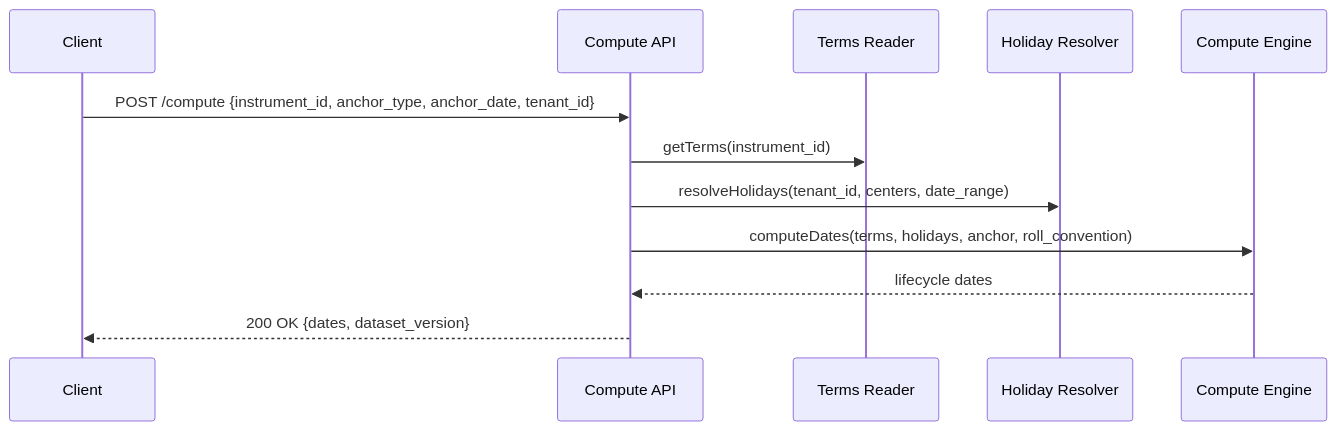
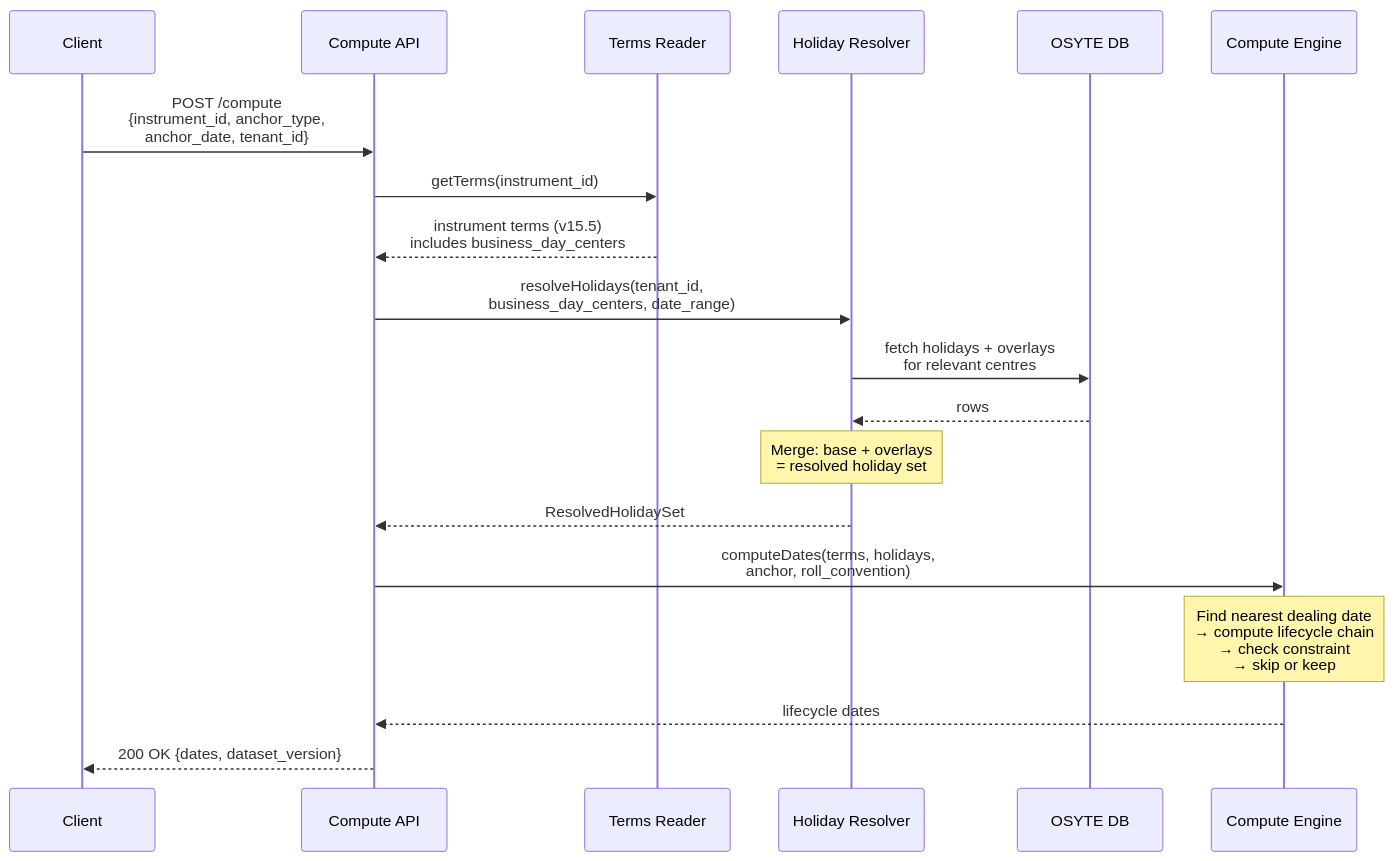
One commit to Ashu290905/OSYTE changed the first of 2 diagrams in lcs-main/docs/architecture.md. Above: the diagram before and after it, drawn with Mermaid. The commit also changed other lines of this file, not shown here.

First line of the commit message:
Fix Fund A label, restore detailed workflow diagrams, move lockup check up

````diff
--- a/lcs-main/docs/architecture.md
+++ b/lcs-main/docs/architecture.md
@@ -199,15 +199,27 @@
 ```mermaid
 sequenceDiagram
     participant Client
     participant API as Compute API
     participant TR as Terms Reader
     participant HR as Holiday Resolver
+    participant DB as OSYTE DB
     participant CE as Compute Engine
 
-    Client->>API: POST /compute {instrument_id, anchor_type, anchor_date, tenant_id}
+    Client->>API: POST /compute<br/>{instrument_id, anchor_type,<br/> anchor_date, tenant_id}
+
     API->>TR: getTerms(instrument_id)
-    API->>HR: resolveHolidays(tenant_id, centers, date_range)
-    API->>CE: computeDates(terms, holidays, anchor, roll_convention)
+    TR-->>API: instrument terms (v15.5)<br/>includes business_day_centers
+
+    API->>HR: resolveHolidays(tenant_id,<br/> business_day_centers, date_range)
+    HR->>DB: fetch holidays + overlays<br/>for relevant centres
+    DB-->>HR: rows
+    Note over HR: Merge: base + overlays<br/>= resolved holiday set
+    HR-->>API: ResolvedHolidaySet
+
+    API->>CE: computeDates(terms, holidays,<br/> anchor, roll_convention)
+
+    Note over CE: Find nearest dealing date<br/>→ compute lifecycle chain<br/>→ check constraint<br/>→ skip or keep
+
     CE-->>API: lifecycle dates
     API-->>Client: 200 OK {dates, dataset_version}
 ```
````
